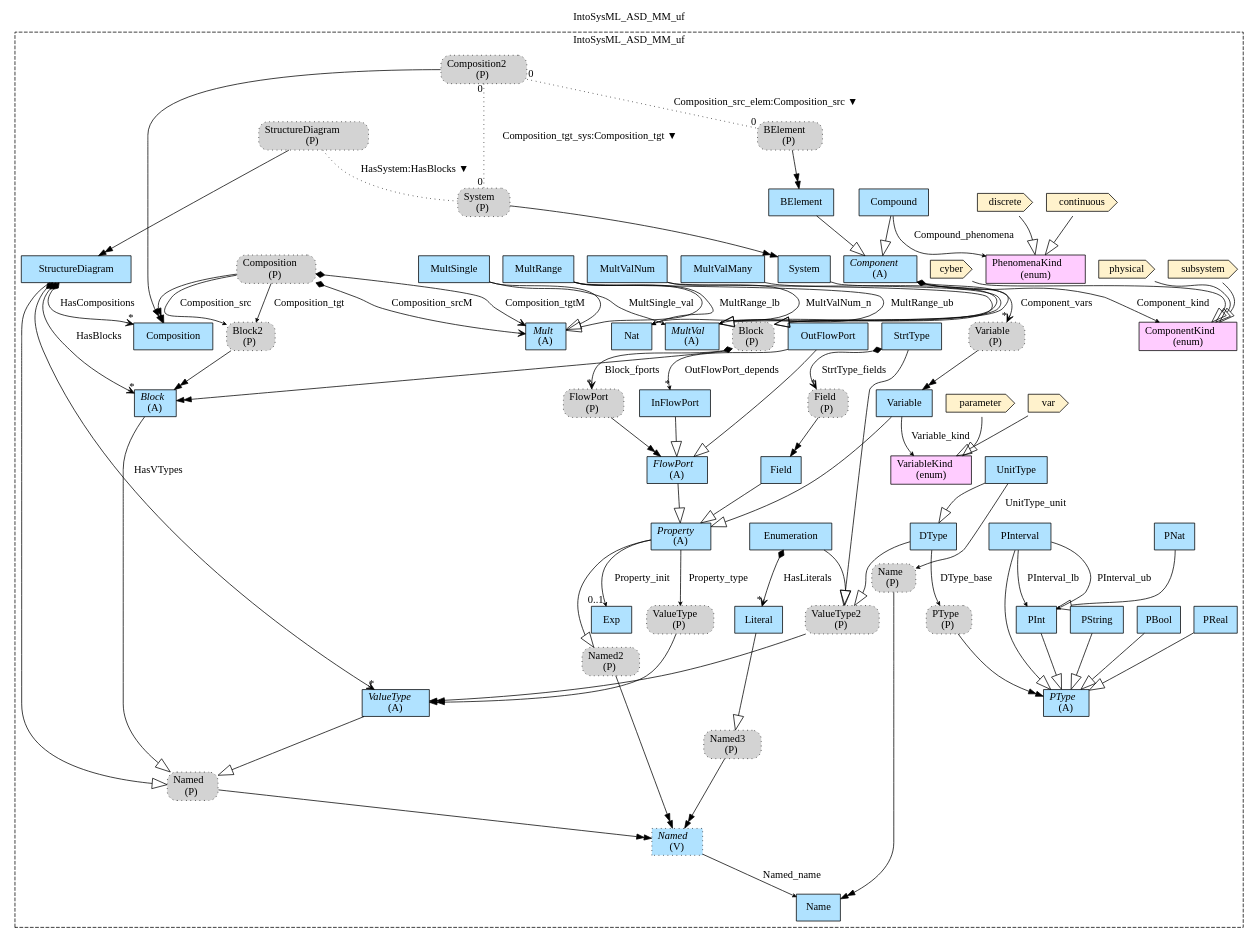
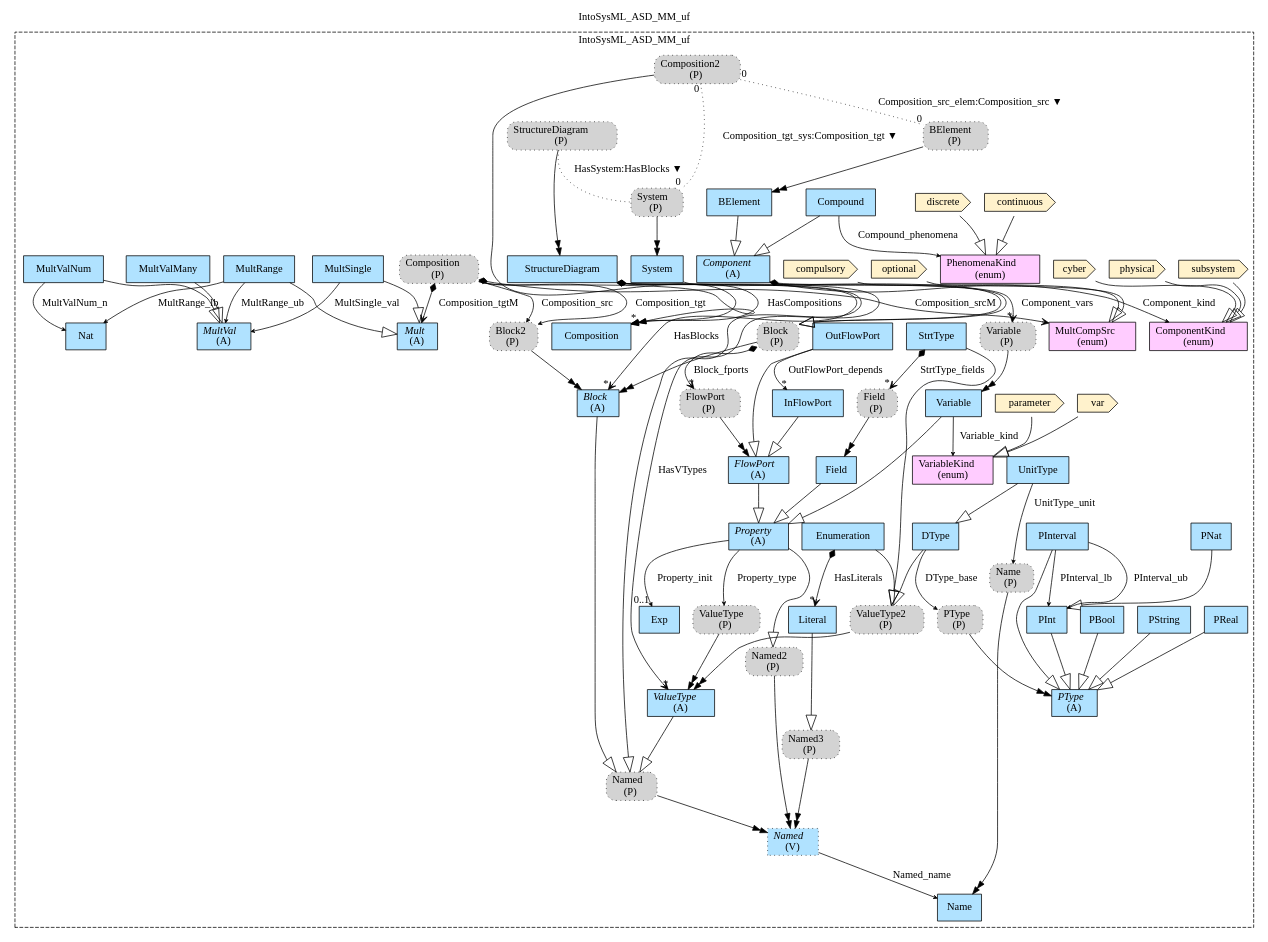
The diagram in Haskell/IntoSysML/MM/img/IntoSysML_ASD_MM_uf.gv (namalio/Fragmenta), drawn with Graphviz before and after one commit. The commit also changed 7 other files, not shown here.

```diff
--- a/Haskell/IntoSysML/MM/img/IntoSysML_ASD_MM_uf.gv
+++ b/Haskell/IntoSysML/MM/img/IntoSysML_ASD_MM_uf.gv
@@ -1,150 +1,155 @@
 digraph {graph[label=IntoSysML_ASD_MM_uf,labelloc=tl,labelfontsize=12];
 subgraph cluster_IntoSysML_ASD_MM_uf{style=dashed;label=IntoSysML_ASD_MM_uf;
 "Named"[shape=record,fillcolor=lightskyblue1,style ="filled,dotted",label=<{<I>Named</I><br/>(V)}>];
 "Name"[shape=record,fillcolor=lightskyblue1,style = filled,label="Name"];
 "PNat"[shape=record,fillcolor=lightskyblue1,style = filled,label="PNat"];
 "PReal"[shape=record,fillcolor=lightskyblue1,style = filled,label="PReal"];
 "PBool"[shape=record,fillcolor=lightskyblue1,style = filled,label="PBool"];
 "PString"[shape=record,fillcolor=lightskyblue1,style = filled,label="PString"];
 "PType"[shape=record,fillcolor=lightskyblue1,style = filled,label=<{<I>PType</I><br/>(A)}>];
 "PInterval"[shape=record,fillcolor=lightskyblue1,style = filled,label="PInterval"];
 "PInt"[shape=record,fillcolor=lightskyblue1,style = filled,label="PInt"];
 "Composition"[shape=record,fillcolor=lightskyblue1,style = filled,label="Composition"];
 "StructureDiagram"[shape=record,fillcolor=lightskyblue1,style = filled,label="StructureDiagram"];
 "Block"[shape=record,fillcolor=lightskyblue1,style = filled,label=<{<I>Block</I><br/>(A)}>];
 "ValueType"[shape=record,fillcolor=lightskyblue1,style = filled,label=<{<I>ValueType</I><br/>(A)}>];
 "PNamed"[shape=box,fillcolor=lightgray,style ="rounded,filled,dotted",label=<Named<br/>(P)>];
 "var"[shape=cds,fillcolor="#FFF2CC",style = filled,label="var"];
 "parameter"[shape=cds,fillcolor="#FFF2CC",style = filled,label="parameter"];
 "VariableKind"[shape=record,fillcolor="#FFCCFF",style = filled,label="VariableKind\l(enum)"];
 "PValueType"[shape=box,fillcolor=lightgray,style ="rounded,filled,dotted",label=<ValueType<br/>(P)>];
 "Exp"[shape=record,fillcolor=lightskyblue1,style = filled,label="Exp"];
 "PNamed2"[shape=box,fillcolor=lightgray,style ="rounded,filled,dotted",label=<Named2<br/>(P)>];
 "Field"[shape=record,fillcolor=lightskyblue1,style = filled,label="Field"];
 "Variable"[shape=record,fillcolor=lightskyblue1,style = filled,label="Variable"];
 "Property"[shape=record,fillcolor=lightskyblue1,style = filled,label=<{<I>Property</I><br/>(A)}>];
 "FlowPort"[shape=record,fillcolor=lightskyblue1,style = filled,label=<{<I>FlowPort</I><br/>(A)}>];
 "OutFlowPort"[shape=record,fillcolor=lightskyblue1,style = filled,label="OutFlowPort"];
 "InFlowPort"[shape=record,fillcolor=lightskyblue1,style = filled,label="InFlowPort"];
 "PPType"[shape=box,fillcolor=lightgray,style ="rounded,filled,dotted",label=<PType<br/>(P)>];
 "DType"[shape=record,fillcolor=lightskyblue1,style = filled,label="DType"];
 "UnitType"[shape=record,fillcolor=lightskyblue1,style = filled,label="UnitType"];
 "PName"[shape=box,fillcolor=lightgray,style ="rounded,filled,dotted",label=<Name<br/>(P)>];
 "Enumeration"[shape=record,fillcolor=lightskyblue1,style = filled,label="Enumeration"];
 "PValueType2"[shape=box,fillcolor=lightgray,style ="rounded,filled,dotted",label=<ValueType2<br/>(P)>];
 "Literal"[shape=record,fillcolor=lightskyblue1,style = filled,label="Literal"];
 "PNamed3"[shape=box,fillcolor=lightgray,style ="rounded,filled,dotted",label=<Named3<br/>(P)>];
 "StrtType"[shape=record,fillcolor=lightskyblue1,style = filled,label="StrtType"];
 "PField"[shape=box,fillcolor=lightgray,style ="rounded,filled,dotted",label=<Field<br/>(P)>];
 "System"[shape=record,fillcolor=lightskyblue1,style = filled,label="System"];
 "PBlock"[shape=box,fillcolor=lightgray,style ="rounded,filled,dotted",label=<Block<br/>(P)>];
 "PFlowPort"[shape=box,fillcolor=lightgray,style ="rounded,filled,dotted",label=<FlowPort<br/>(P)>];
 "PVariable"[shape=box,fillcolor=lightgray,style ="rounded,filled,dotted",label=<Variable<br/>(P)>];
 "BElement"[shape=record,fillcolor=lightskyblue1,style = filled,label="BElement"];
 "cyber"[shape=cds,fillcolor="#FFF2CC",style = filled,label="cyber"];
 "subsystem"[shape=cds,fillcolor="#FFF2CC",style = filled,label="subsystem"];
 "physical"[shape=cds,fillcolor="#FFF2CC",style = filled,label="physical"];
 "Component"[shape=record,fillcolor=lightskyblue1,style = filled,label=<{<I>Component</I><br/>(A)}>];
 "ComponentKind"[shape=record,fillcolor="#FFCCFF",style = filled,label="ComponentKind\l(enum)"];
 "discrete"[shape=cds,fillcolor="#FFF2CC",style = filled,label="discrete"];
 "continuous"[shape=cds,fillcolor="#FFF2CC",style = filled,label="continuous"];
 "Compound"[shape=record,fillcolor=lightskyblue1,style = filled,label="Compound"];
 "PhenomenaKind"[shape=record,fillcolor="#FFCCFF",style = filled,label="PhenomenaKind\l(enum)"];
 "PBlock2"[shape=box,fillcolor=lightgray,style ="rounded,filled,dotted",label=<Block2<br/>(P)>];
+"optional"[shape=cds,fillcolor="#FFF2CC",style = filled,label="optional"];
+"compulsory"[shape=cds,fillcolor="#FFF2CC",style = filled,label="compulsory"];
+"MultCompSrc"[shape=record,fillcolor="#FFCCFF",style = filled,label="MultCompSrc\l(enum)"];
 "PComposition"[shape=box,fillcolor=lightgray,style ="rounded,filled,dotted",label=<Composition<br/>(P)>];
 "Mult"[shape=record,fillcolor=lightskyblue1,style = filled,label=<{<I>Mult</I><br/>(A)}>];
 "MultValMany"[shape=record,fillcolor=lightskyblue1,style = filled,label="MultValMany"];
 "MultValNum"[shape=record,fillcolor=lightskyblue1,style = filled,label="MultValNum"];
 "Nat"[shape=record,fillcolor=lightskyblue1,style = filled,label="Nat"];
 "MultSingle"[shape=record,fillcolor=lightskyblue1,style = filled,label="MultSingle"];
 "MultRange"[shape=record,fillcolor=lightskyblue1,style = filled,label="MultRange"];
 "MultVal"[shape=record,fillcolor=lightskyblue1,style = filled,label=<{<I>MultVal</I><br/>(A)}>];
 "PStructureDiagram"[shape=box,fillcolor=lightgray,style ="rounded,filled,dotted",label=<StructureDiagram<br/>(P)>];
 "PSystem"[shape=box,fillcolor=lightgray,style ="rounded,filled,dotted",label=<System<br/>(P)>];
 "PComposition2"[shape=box,fillcolor=lightgray,style ="rounded,filled,dotted",label=<Composition2<br/>(P)>];
 "PBElement"[shape=box,fillcolor=lightgray,style ="rounded,filled,dotted",label=<BElement<br/>(P)>];
 
 "Named"->"Name"[label="Named_name",arrowhead=vee,headlabel="",arrowsize=.5];
 "PNat"->"PInt"[arrowhead=onormal,arrowsize=2.0];
 "PInt"->"PType"[arrowhead=onormal,arrowsize=2.0];
 "PInterval"->"PType"[arrowhead=onormal,arrowsize=2.0];
 "PReal"->"PType"[arrowhead=onormal,arrowsize=2.0];
 "PBool"->"PType"[arrowhead=onormal,arrowsize=2.0];
 "PString"->"PType"[arrowhead=onormal,arrowsize=2.0];
 "PInterval"->"PInt"[label="PInterval_lb",arrowhead=vee,headlabel="",arrowsize=.5];
 "PInterval"->"PInt"[label="PInterval_ub",arrowhead=vee,headlabel="",arrowsize=.5];
 "StructureDiagram"->"Block"[label="HasBlocks",arrowhead=vee,arrowtail=diamond,dir=both,headlabel="*"];
 "StructureDiagram"->"ValueType"[label="HasVTypes",arrowhead=vee,arrowtail=diamond,dir=both,headlabel="*"];
 "StructureDiagram"->"Composition"[label="HasCompositions",arrowhead=vee,arrowtail=diamond,dir=both,headlabel="*"];
 "StructureDiagram"->"PNamed"[arrowhead=onormal,arrowsize=2.0];
 "Block"->"PNamed"[arrowhead=onormal,arrowsize=2.0];
 "ValueType"->"PNamed"[arrowhead=onormal,arrowsize=2.0];
 "var"->"VariableKind"[arrowhead=onormal,arrowsize=2.0];
 "parameter"->"VariableKind"[arrowhead=onormal,arrowsize=2.0];
 "Variable"->"VariableKind"[label="Variable_kind",arrowhead=vee,headlabel="",arrowsize=.5];
 "Property"->"PValueType"[label="Property_type",arrowhead=vee,headlabel="",arrowsize=.5];
 "Property"->"Exp"[label="Property_init",arrowhead=vee,headlabel="0..1",arrowsize=.5];
 "Property"->"PNamed2"[arrowhead=onormal,arrowsize=2.0];
 "Field"->"Property"[arrowhead=onormal,arrowsize=2.0];
 "FlowPort"->"Property"[arrowhead=onormal,arrowsize=2.0];
 "Variable"->"Property"[arrowhead=onormal,arrowsize=2.0];
 "InFlowPort"->"FlowPort"[arrowhead=onormal,arrowsize=2.0];
 "OutFlowPort"->"FlowPort"[arrowhead=onormal,arrowsize=2.0];
 "OutFlowPort"->"InFlowPort"[label="OutFlowPort_depends",arrowhead=vee,headlabel="*",arrowsize=.5];
 "DType"->"PPType"[label="DType_base",arrowhead=vee,headlabel="",arrowsize=.5];
 "DType"->"PValueType2"[arrowhead=onormal,arrowsize=2.0];
 "UnitType"->"DType"[arrowhead=onormal,arrowsize=2.0];
 "UnitType"->"PName"[label="UnitType_unit",arrowhead=vee,headlabel="",arrowsize=.5];
 "Enumeration"->"Literal"[label="HasLiterals",arrowhead=vee,arrowtail=diamond,dir=both,headlabel="*"];
 "Enumeration"->"PValueType2"[arrowhead=onormal,arrowsize=2.0];
 "StrtType"->"PValueType2"[arrowhead=onormal,arrowsize=2.0];
 "Literal"->"PNamed3"[arrowhead=onormal,arrowsize=2.0];
 "StrtType"->"PField"[label="StrtType_fields",arrowhead=vee,arrowtail=diamond,dir=both,headlabel="*"];
 "System"->"PBlock"[arrowhead=onormal,arrowsize=2.0];
 "Component"->"PBlock"[arrowhead=onormal,arrowsize=2.0];
 "PBlock"->"PFlowPort"[label="Block_fports",arrowhead=vee,arrowtail=diamond,dir=both,headlabel="*"];
 "Component"->"PVariable"[label="Component_vars",arrowhead=vee,arrowtail=diamond,dir=both,headlabel="*"];
 "Compound"->"Component"[arrowhead=onormal,arrowsize=2.0];
 "BElement"->"Component"[arrowhead=onormal,arrowsize=2.0];
 "cyber"->"ComponentKind"[arrowhead=onormal,arrowsize=2.0];
 "subsystem"->"ComponentKind"[arrowhead=onormal,arrowsize=2.0];
 "physical"->"ComponentKind"[arrowhead=onormal,arrowsize=2.0];
 "Component"->"ComponentKind"[label="Component_kind",arrowhead=vee,headlabel="",arrowsize=.5];
 "discrete"->"PhenomenaKind"[arrowhead=onormal,arrowsize=2.0];
 "continuous"->"PhenomenaKind"[arrowhead=onormal,arrowsize=2.0];
 "Compound"->"PhenomenaKind"[label="Compound_phenomena",arrowhead=vee,headlabel="",arrowsize=.5];
 "PComposition"->"PBlock2"[label="Composition_src",arrowhead=vee,headlabel="",arrowsize=.5];
 "PComposition"->"PBlock2"[label="Composition_tgt",arrowhead=vee,headlabel="",arrowsize=.5];
-"PComposition"->"Mult"[label="Composition_srcM",arrowhead=vee,arrowtail=diamond,dir=both,headlabel=""];
+"optional"->"MultCompSrc"[arrowhead=onormal,arrowsize=2.0];
+"compulsory"->"MultCompSrc"[arrowhead=onormal,arrowsize=2.0];
+"PComposition"->"MultCompSrc"[label="Composition_srcM",arrowhead=vee,arrowtail=diamond,dir=both,headlabel=""];
 "PComposition"->"Mult"[label="Composition_tgtM",arrowhead=vee,arrowtail=diamond,dir=both,headlabel=""];
 "MultSingle"->"Mult"[arrowhead=onormal,arrowsize=2.0];
 "MultRange"->"Mult"[arrowhead=onormal,arrowsize=2.0];
 "MultValNum"->"MultVal"[arrowhead=onormal,arrowsize=2.0];
 "MultValMany"->"MultVal"[arrowhead=onormal,arrowsize=2.0];
 "MultRange"->"Nat"[label="MultRange_lb",arrowhead=vee,headlabel="",arrowsize=.5];
 "MultValNum"->"Nat"[label="MultValNum_n",arrowhead=vee,headlabel="",arrowsize=.5];
 "MultSingle"->"MultVal"[label="MultSingle_val",arrowhead=vee,headlabel="",arrowsize=.5];
 "MultRange"->"MultVal"[label="MultRange_ub",arrowhead=vee,headlabel="",arrowsize=.5];
 "PStructureDiagram"->"PSystem"[label="HasSystem:HasBlocks ▼",dir=none,taillabel="",headlabel="",style=dotted];
 "PComposition2"->"PSystem"[label="Composition_tgt_sys:Composition_tgt ▼",dir=none,taillabel="0",headlabel="0",style=dotted];
 "PComposition2"->"PBElement"[label="Composition_src_elem:Composition_src ▼",dir=none,taillabel="0",headlabel="0",style=dotted];
 
 }
 "PNamed"->"Named"[arrowhead=normalnormal];
 "PValueType"->"ValueType"[arrowhead=normalnormal];
 "PNamed2"->"Named"[arrowhead=normalnormal];
 "PValueType2"->"ValueType"[arrowhead=normalnormal];
 "PNamed3"->"Named"[arrowhead=normalnormal];
 "PField"->"Field"[arrowhead=normalnormal];
 "PPType"->"PType"[arrowhead=normalnormal];
 "PName"->"Name"[arrowhead=normalnormal];
 "PBlock"->"Block"[arrowhead=normalnormal];
 "PFlowPort"->"FlowPort"[arrowhead=normalnormal];
 "PVariable"->"Variable"[arrowhead=normalnormal];
 "PBlock2"->"Block"[arrowhead=normalnormal];
 "PComposition"->"Composition"[arrowhead=normalnormal];
 "PStructureDiagram"->"StructureDiagram"[arrowhead=normalnormal];
 "PSystem"->"System"[arrowhead=normalnormal];
 "PComposition2"->"Composition"[arrowhead=normalnormal];
 "PBElement"->"BElement"[arrowhead=normalnormal];
 }
```
